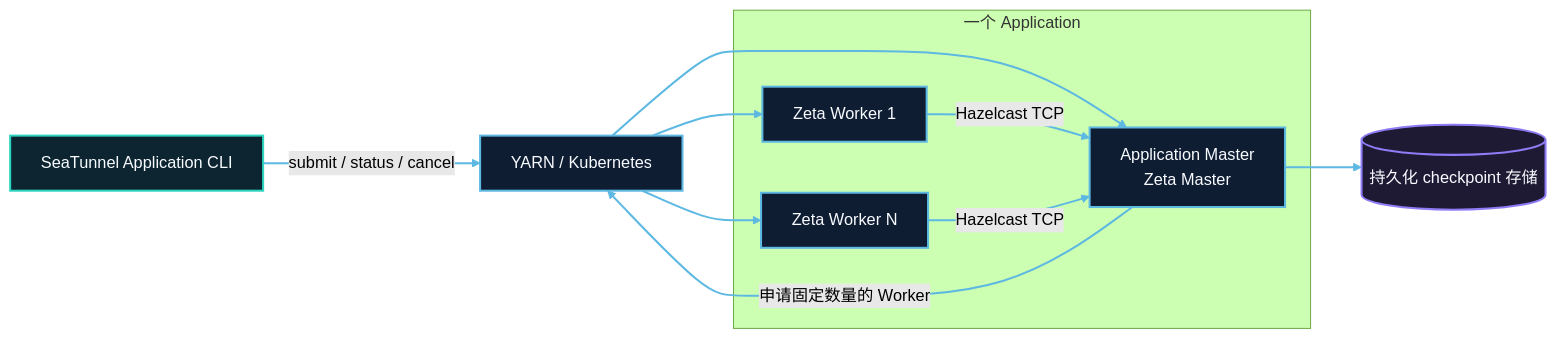
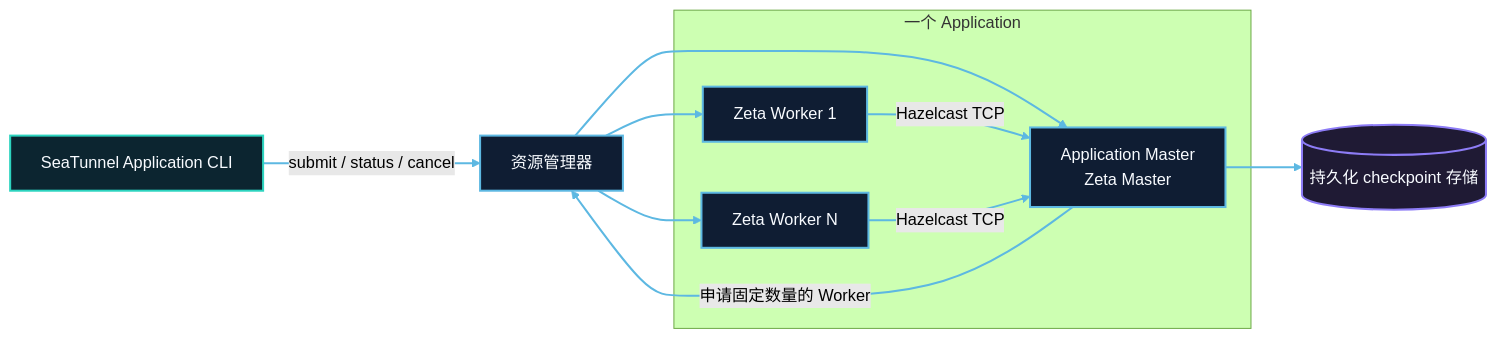
One commit to apache/seatunnel changed the first of 3 diagrams in docs/zh/getting-started/application/architecture.md. Above: the diagram before and after it, drawn with Mermaid (forest theme). The commit also changed other lines of this file and 3 other files, not shown here.

Commit message:
[Docs][Zeta] Use resource manager in the application mode architecture diagram

````diff
--- a/docs/zh/getting-started/application/architecture.md
+++ b/docs/zh/getting-started/application/architecture.md
@@ -10,30 +10,30 @@
 ```mermaid
 flowchart LR
   client["SeaTunnel Application CLI"]
-  platform["YARN / Kubernetes"]
+  platform["资源管理器"]
 
   subgraph app["一个 Application"]
     master["Application Master<br/>Zeta Master"]
     worker1["Zeta Worker 1"]
     workerN["Zeta Worker N"]
   end
 
   checkpoint[("持久化 checkpoint 存储")]
 
   client -->|submit / status / cancel| platform
   platform --> master
   master -->|申请固定数量的 Worker| platform
   platform --> worker1
   platform --> workerN
   worker1 -->|Hazelcast TCP| master
   workerN -->|Hazelcast TCP| master
   master --> checkpoint
 
   classDef layerBlue fill:#0f1d33,stroke:#5db8e2,stroke-width:2px,color:#f8fbff;
   classDef layerCyan fill:#0c2530,stroke:#2dd4bf,stroke-width:2px,color:#f8fbff;
   classDef layerPurple fill:#1f1a34,stroke:#8d7cf6,stroke-width:2px,color:#f8fbff;
   class client layerCyan;
   class platform,master,worker1,workerN layerBlue;
   class checkpoint layerPurple;
   linkStyle default stroke:#5db8e2,stroke-width:2px;
 ```
````
